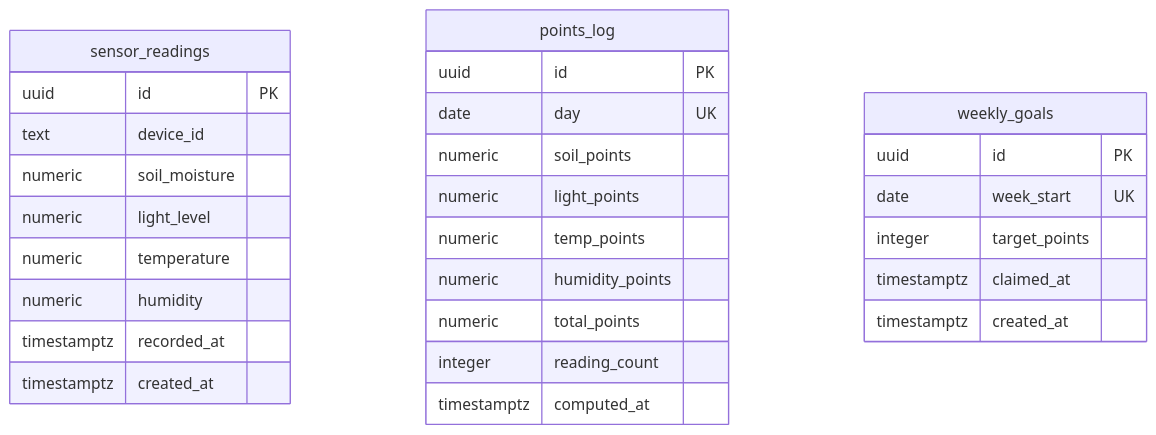
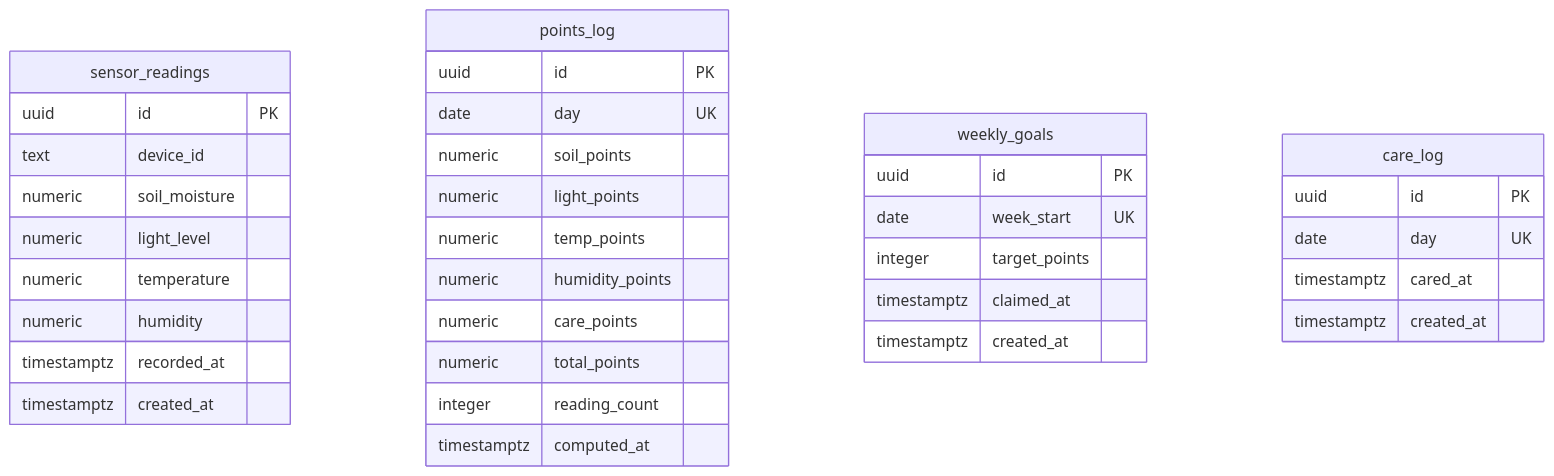
The diagram in docs/DB_SCHEMA.md (nicomanna/ProyectPlant), drawn with Mermaid before and after one commit. The commit also changed other lines of this file and 28 other files, not shown here.

````diff
--- a/docs/DB_SCHEMA.md
+++ b/docs/DB_SCHEMA.md
@@ -10,33 +10,41 @@
 ```mermaid
 erDiagram
     sensor_readings {
         uuid id PK
         text device_id
         numeric soil_moisture
         numeric light_level
         numeric temperature
         numeric humidity
         timestamptz recorded_at
         timestamptz created_at
     }
 
     points_log {
         uuid id PK
         date day UK
         numeric soil_points
         numeric light_points
         numeric temp_points
         numeric humidity_points
+        numeric care_points
         numeric total_points
         integer reading_count
         timestamptz computed_at
     }
 
     weekly_goals {
         uuid id PK
         date week_start UK
         integer target_points
         timestamptz claimed_at
         timestamptz created_at
     }
+
+    care_log {
+        uuid id PK
+        date day UK
+        timestamptz cared_at
+        timestamptz created_at
+    }
 ```
````
